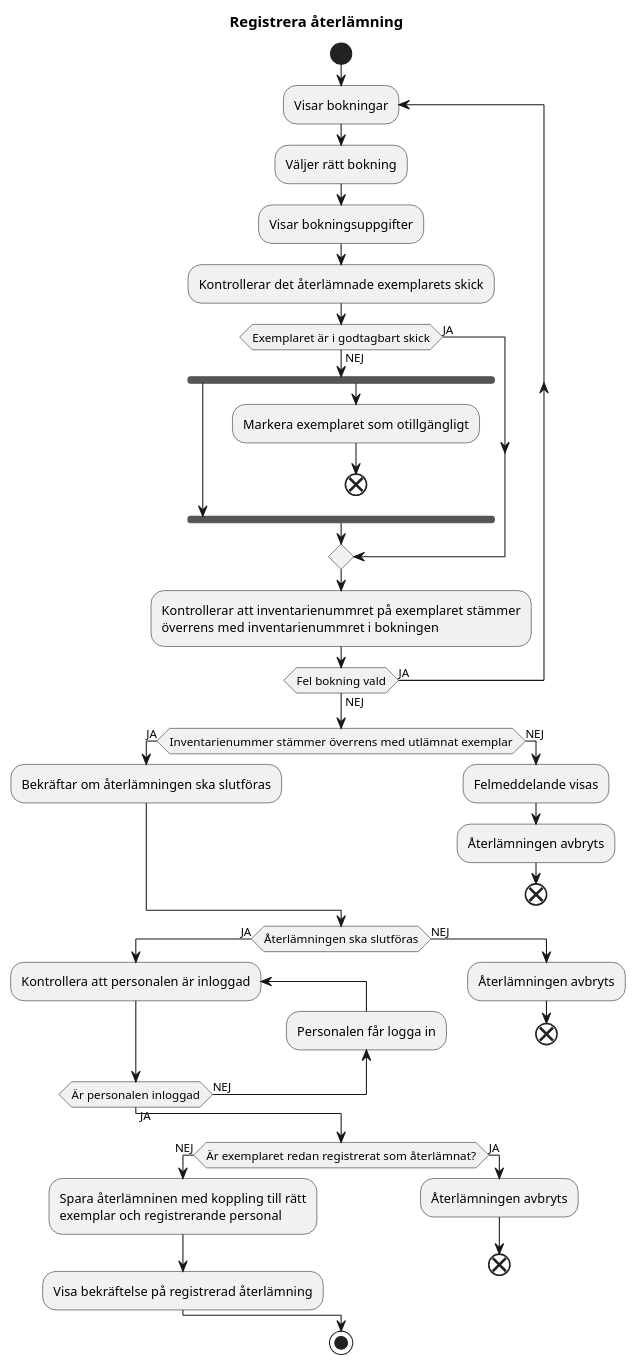
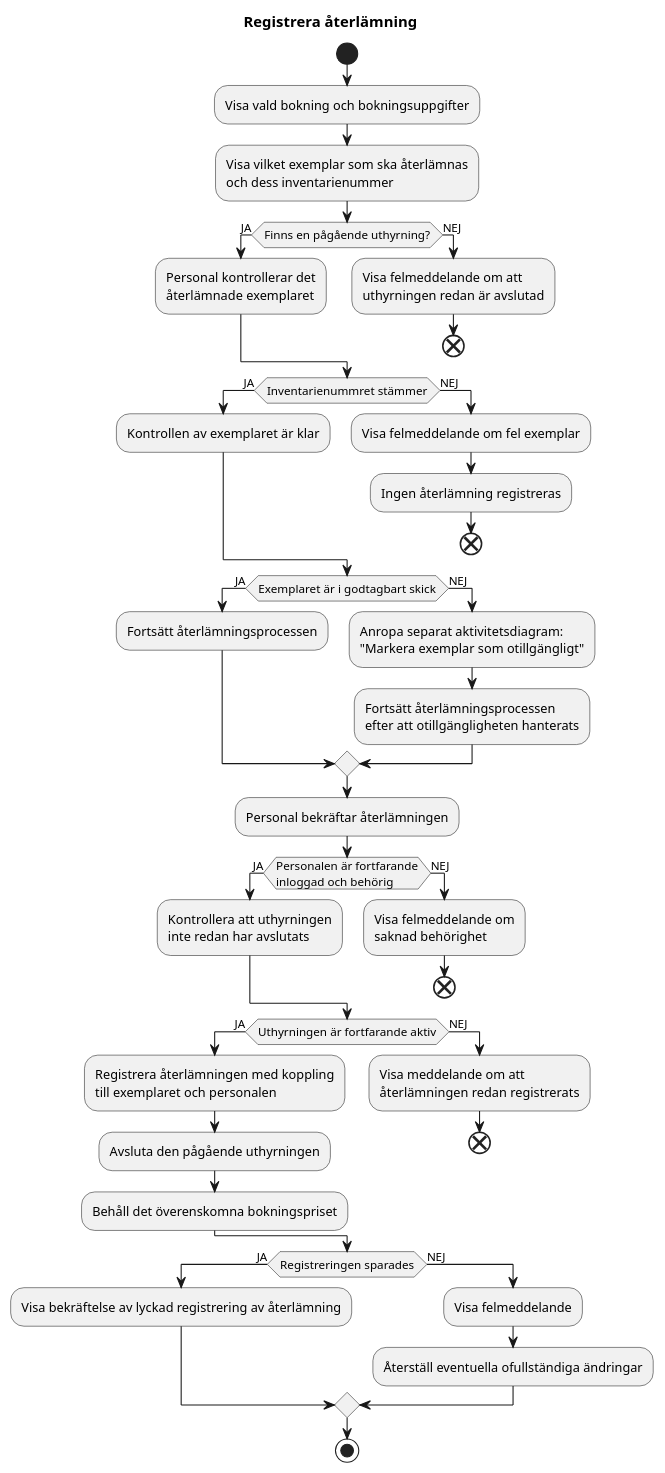
One commit to miablidberg-nackademin-ooad/SXXBookingSystemRegisterReturn changed the diagram in diagrams/register_return_activity_diagram.plantuml. Above: the diagram before and after it, drawn with PlantUML.

Commit message:
Update activity diagram after discussion with chatGPT

```diff
--- a/diagrams/register_return_activity_diagram.plantuml
+++ b/diagrams/register_return_activity_diagram.plantuml
@@ -1,56 +1,67 @@
-@startuml register return
+@startuml
 title Registrera återlämning
 
 start
 
-repeat :Visar bokningar;
-:Väljer rätt bokning;
-:Visar bokningsuppgifter;
-:Kontrollerar det återlämnade exemplarets skick;
+:Visa vald bokning och bokningsuppgifter;
+:Visa vilket exemplar som ska återlämnas
+och dess inventarienummer;
 
-if (Exemplaret är i godtagbart skick) then(NEJ)
-  fork
-  fork again
-    :Markera exemplaret som otillgängligt;
+if (Finns en pågående uthyrning?) then (JA)
+    :Personal kontrollerar det
+    återlämnade exemplaret;
+else (NEJ)
+    :Visa felmeddelande om att
+    uthyrningen redan är avslutad;
     end
-  end fork
-else (JA)
-  
 endif
 
-:Kontrollerar att inventarienummret på exemplaret stämmer\növerrens med inventarienummret i bokningen;
-
-repeat while (Fel bokning vald) is (JA) not (NEJ)
-
-if (Inventarienummer stämmer överrens med utlämnat exemplar) then(JA)
-  :Bekräftar om återlämningen ska slutföras;
-else(NEJ)
-  :Felmeddelande visas;
-  :Återlämningen avbryts;
-  end
+if (Inventarienummret stämmer) then (JA)
+    :Kontrollen av exemplaret är klar;
+else (NEJ)
+    :Visa felmeddelande om fel exemplar;
+    :Ingen återlämning registreras;
+    end
 endif
 
-if (Återlämningen ska slutföras) then(JA)
-
-  repeat :Kontrollera att personalen är inloggad;
-    backward :Personalen får logga in;
-  repeat while (Är personalen inloggad) is (NEJ) not (JA)
-  
-else(NEJ)
-  :Återlämningen avbryts;
-  end
-  
+if (Exemplaret är i godtagbart skick) then (JA)
+    :Fortsätt återlämningsprocessen;
+else (NEJ)
+    :Anropa separat aktivitetsdiagram:
+    "Markera exemplar som otillgängligt";
+    :Fortsätt återlämningsprocessen
+    efter att otillgängligheten hanterats;
 endif
 
-if (Är exemplaret redan registrerat som återlämnat?) then(NEJ)
-  :Spara återlämninen med koppling till rätt\nexemplar och registrerande personal;
-  :Visa bekräftelse på registrerad återlämning;
-  
-else(JA)
-  :Återlämningen avbryts;
-  end
-  
+:Personal bekräftar återlämningen;
+
+if (Personalen är fortfarande
+inloggad och behörig) then (JA)
+    :Kontrollera att uthyrningen
+    inte redan har avslutats;
+else (NEJ)
+    :Visa felmeddelande om
+    saknad behörighet;
+    end
+endif
+
+if (Uthyrningen är fortfarande aktiv) then (JA)
+    :Registrera återlämningen med koppling
+    till exemplaret och personalen;
+    :Avsluta den pågående uthyrningen;
+    :Behåll det överenskomna bokningspriset;
+else (NEJ)
+    :Visa meddelande om att
+    återlämningen redan registrerats;
+    end
+endif
+
+if (Registreringen sparades) then (JA)
+    :Visa bekräftelse av lyckad registrering av återlämning;
+else (NEJ)
+    :Visa felmeddelande;
+    :Återställ eventuella ofullständiga ändringar;
 endif
 
 stop
 @enduml
```
